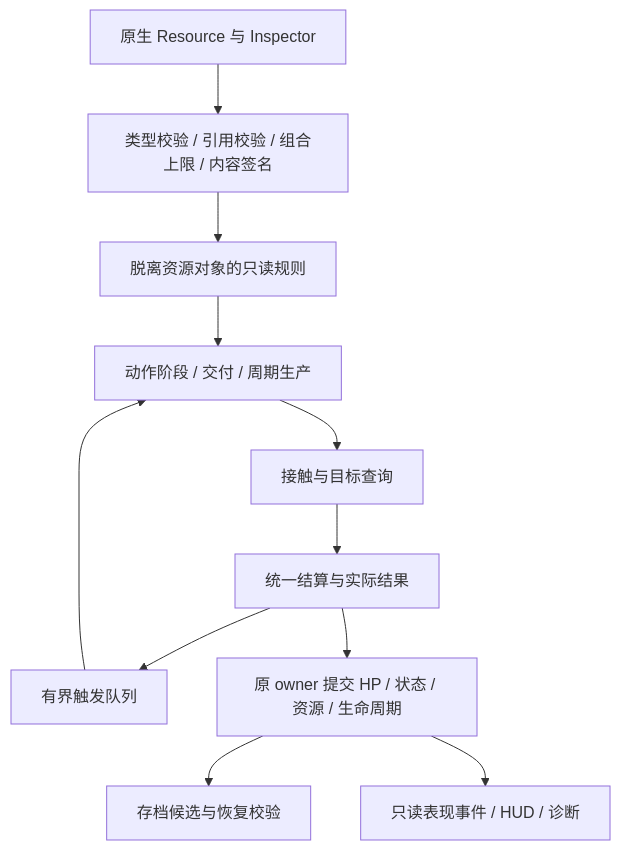
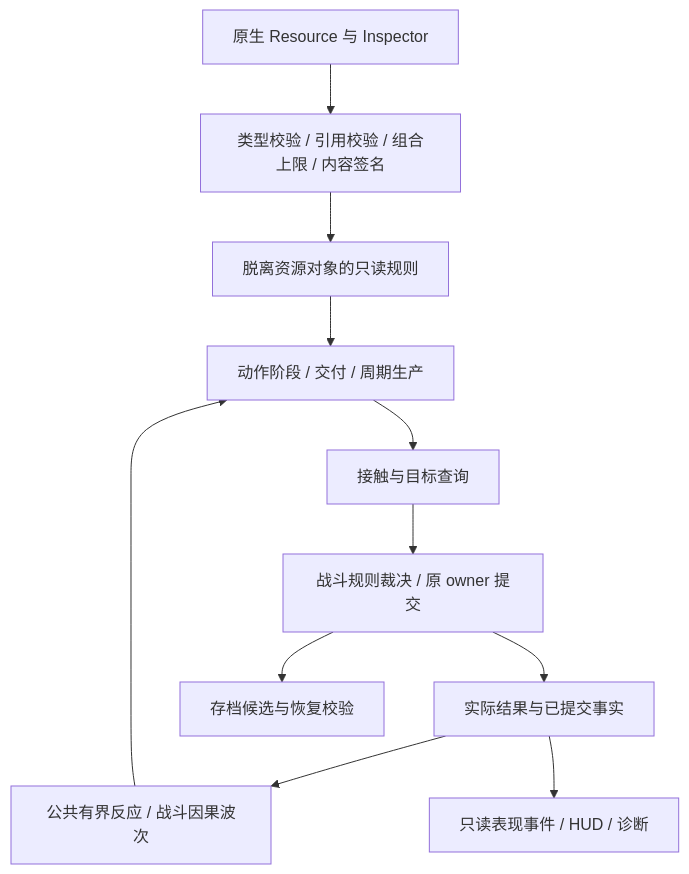
The second of 2 diagrams in design/systems/combat_framework/act_and_barrage.md (fewnfds/reol), drawn with Mermaid before and after one commit. The commit also changed other lines of this file and 7 other files, not shown here.

````diff
--- a/design/systems/combat_framework/act_and_barrage.md
+++ b/design/systems/combat_framework/act_and_barrage.md
@@ -536,13 +536,13 @@
 ```mermaid
 flowchart TD
     A[原生 Resource 与 Inspector] --> B[类型校验 / 引用校验 / 组合上限 / 内容签名]
     B --> C[脱离资源对象的只读规则]
     C --> D[动作阶段 / 交付 / 周期生产]
     D --> E[接触与目标查询]
-    E --> F[统一结算与实际结果]
-    F --> G[有界触发队列]
+    E --> F[战斗规则裁决 / 原 owner 提交]
+    F --> H[实际结果与已提交事实]
+    H --> G[公共有界反应 / 战斗因果波次]
     G --> D
-    F --> H[原 owner 提交 HP / 状态 / 资源 / 生命周期]
-    H --> I[存档候选与恢复校验]
+    F --> I[存档候选与恢复校验]
     H --> J[只读表现事件 / HUD / 诊断]
 ```
````
